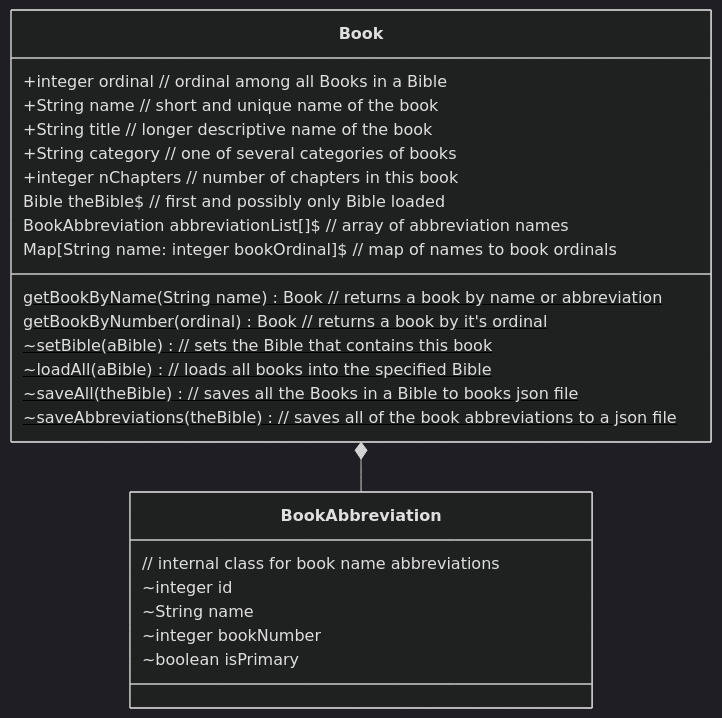
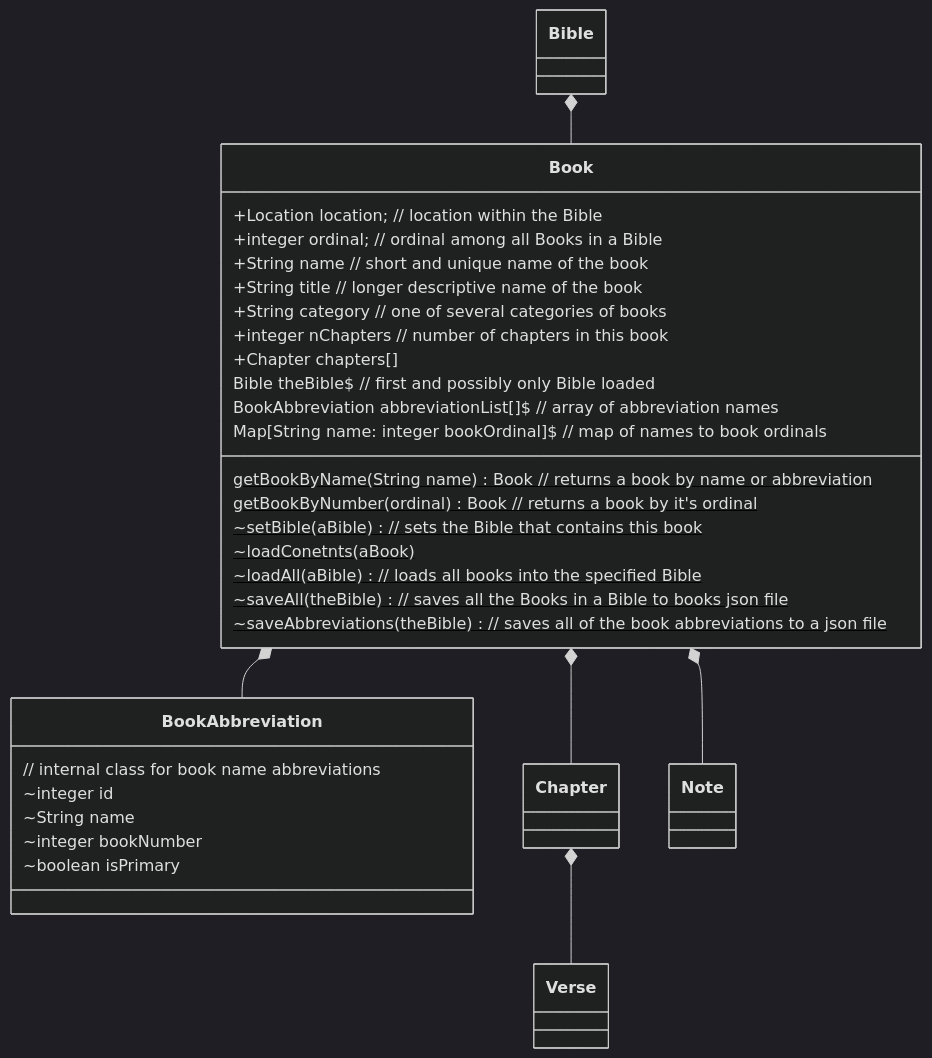
One commit to MichaelKentBurns/BibleModel changed the diagram in ObjectModel/Book.md. Above: the diagram before and after it, drawn with Mermaid (dark theme). The commit also changed 8 other files, not shown here.

Commit message:
I think all diagrams are now displaying correctly.   Adding details to Verse.mjs

````diff
--- a/ObjectModel/Book.md
+++ b/ObjectModel/Book.md
@@ -21,26 +21,33 @@
  ```mermaid
  classDiagram
-  class BookAbbreviation{     // internal class for book name abbreviations
+  class BookAbbreviation {     // internal class for book name abbreviations
          ~integer id
          ~String name
          ~integer bookNumber
          ~boolean isPrimary
  }
  Book *-- BookAbbreviation
   class Book {
-             +integer ordinal   // ordinal among all Books in a Bible
+             +Location location;   // location within the Bible
+             +integer ordinal;     // ordinal among all Books in a Bible
              +String name  // short and unique name of the book
              +String title  // longer descriptive name of the book
              +String category  // one of several categories of books
              +integer nChapters  // number of chapters in this book
+             +Chapter chapters[]
      Bible theBible$   // first and possibly only Bible loaded
      BookAbbreviation abbreviationList[]$   // array of abbreviation names
      Map[String name: integer bookOrdinal]$   // map of names to book ordinals
      getBookByName(String name)$ Book   // returns a book by name or abbreviation
      getBookByNumber(ordinal)$ Book   // returns a book by it's ordinal
      ~setBible(aBible)$   // sets the Bible that contains this book
+     ~loadConetnts(aBook)$   
      ~loadAll(aBible)$   // loads all books into the specified Bible
      ~saveAll(theBible)$   // saves all the Books in a Bible to books json file
      ~saveAbbreviations(theBible)$   // saves all of the book abbreviations to a json file
-   }
+ }
+ Bible *-- Book
+ Book *-- Chapter
+ Chapter *-- Verse
+ Book *-- Note
  ```
````
